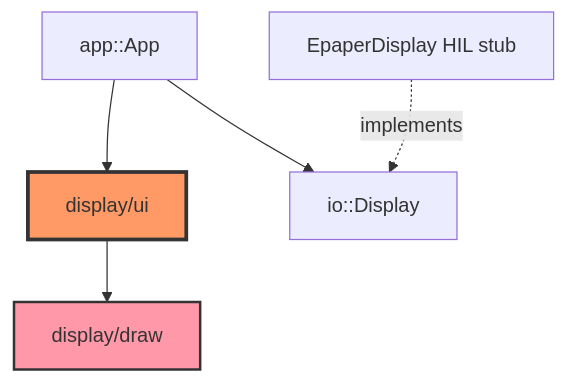
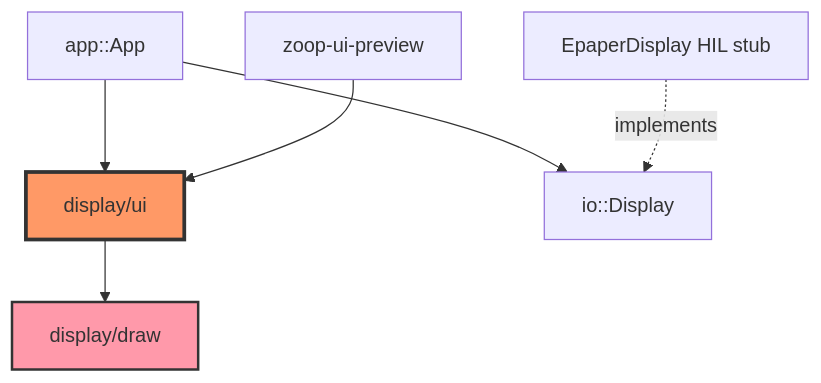
The diagram in docs/core/display/README.md (akashsoni01/zoop), drawn with Mermaid before and after one commit. The commit also changed other lines of this file and 12 other files, not shown here.

````diff
--- a/docs/core/display/README.md
+++ b/docs/core/display/README.md
@@ -7,13 +13,15 @@
 ```mermaid
 flowchart TB
   APP["app::App"]
   UI["display/ui"]
   DRAW["display/draw"]
   DISP["io::Display"]
+  PREV["zoop-ui-preview"]
   EPD["EpaperDisplay HIL stub"]
   APP --> UI --> DRAW
+  PREV --> UI
   APP --> DISP
   EPD -.->|implements| DISP
   style UI fill:#f96,stroke:#333,stroke-width:3px
   style DRAW fill:#f9a,stroke:#333,stroke-width:2px
 ```
````
